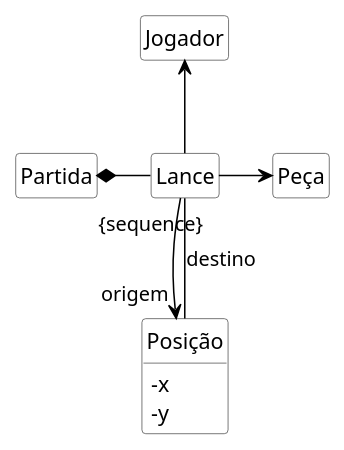
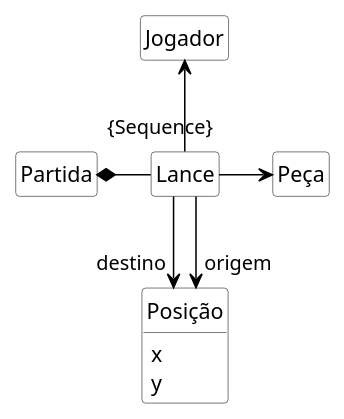
Before and after one commit to kyriosdata/oo: the diagram in imagens/modelos-06/mod06ima03/mod06ima03.plantuml, drawn with PlantUML.

```diff
--- a/imagens/modelos-06/mod06ima03/mod06ima03.plantuml
+++ b/imagens/modelos-06/mod06ima03/mod06ima03.plantuml
@@ -1,24 +1,29 @@
 @startuml mod06ima03
 hide circle
 hide methods
 hide empty members
 
 skinparam class {
     BackgroundColor White
     ArrowColor Black
     BorderColor #505050
 }
-skinparam ClassAttributeIconSize 0
+skinparam LineType ortho
+
 class "Jogador" as jo
 class "Partida" as pa
 class "Lance" as la
 class "Peça" as pe
 class "Posição" as po
-po : - x
-po : - y
-jo <-down- la
-pa *--right--"{sequence}" la
+class po {
+    x
+    y
+}
+
+jo <-down-"{Sequence}" la
+pa *-right- la
 la -right-> pe
+
+la --> "destino" po 
 la -down->"origem" po
-la -- po : destino
 @enduml
```
